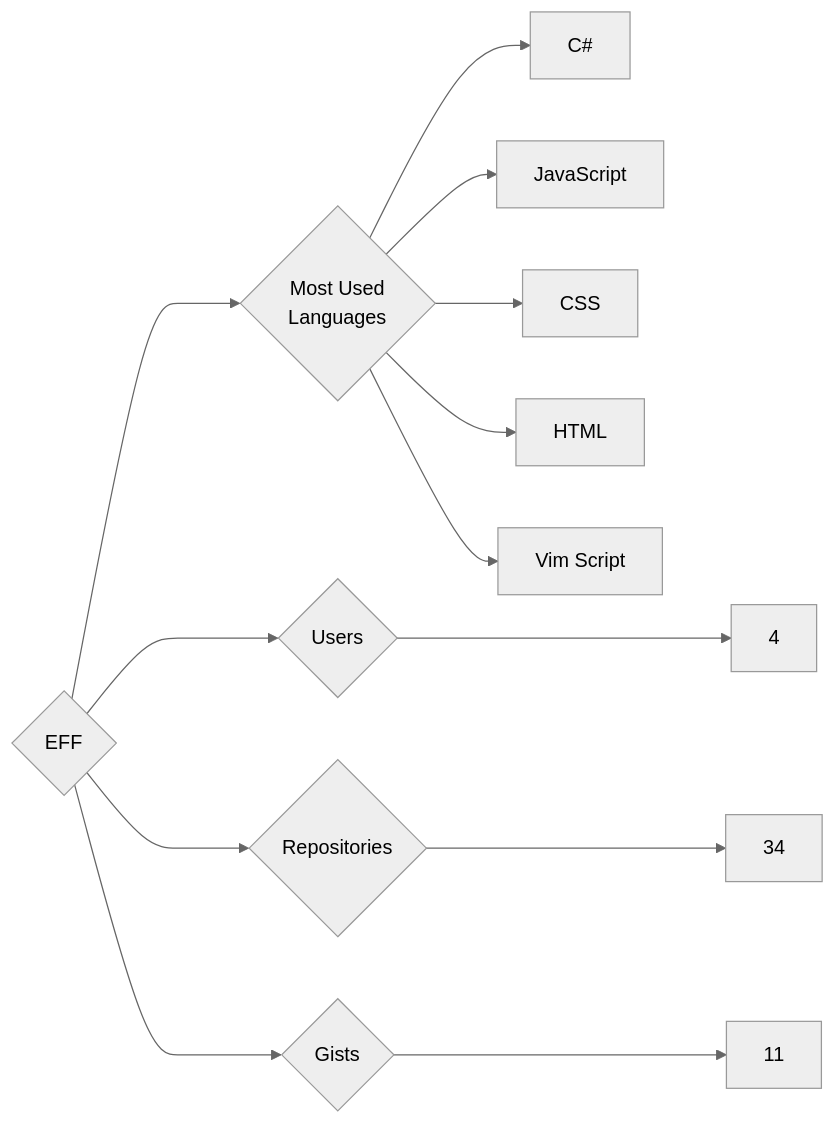
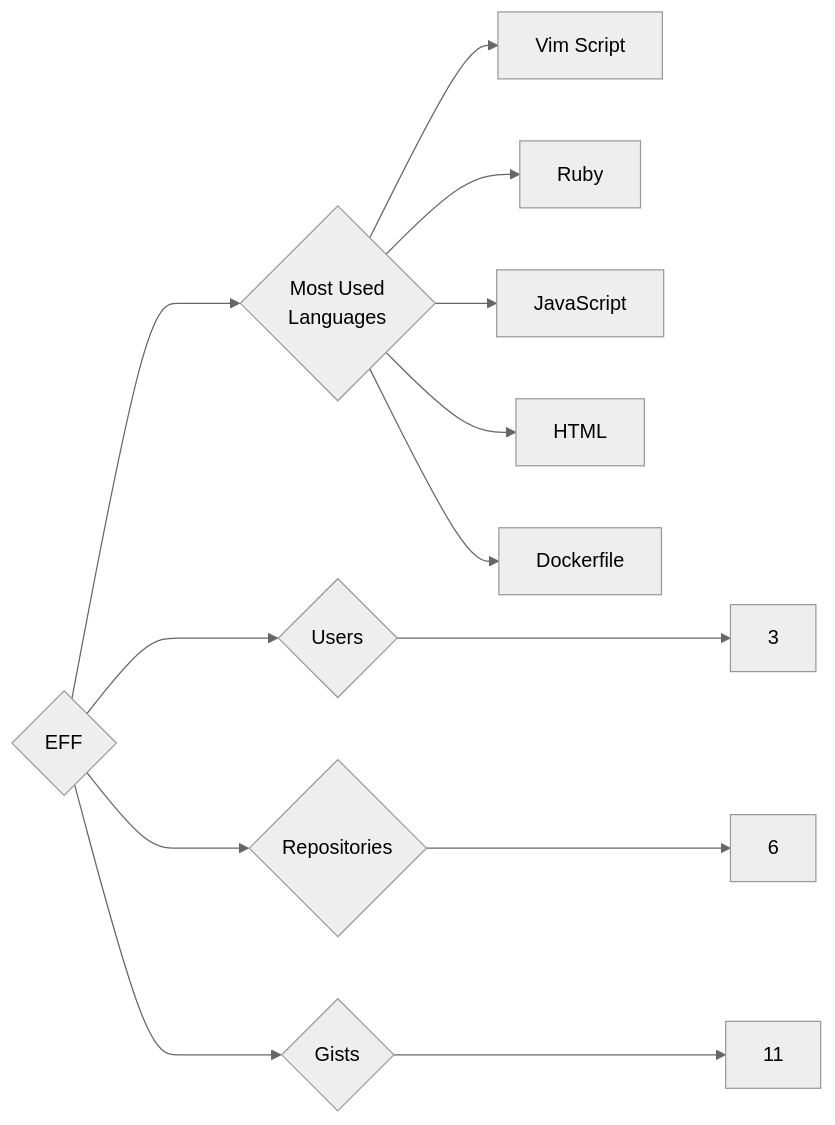
The diagram in targets/EFF/README.md (trickest/insiders), drawn with Mermaid (neutral theme) before and after one commit. The commit also changed 688 other files, not shown here.

````diff
--- a/targets/EFF/README.md
+++ b/targets/EFF/README.md
@@ -3,13 +3,13 @@
 ```mermaid
 graph LR
 COMPANY_NAME{EFF}
-COMPANY_NAME ---> U{Users} ---> UN[4]
-COMPANY_NAME ---> R{Repositories} ---> RN[34]
+COMPANY_NAME ---> U{Users} ---> UN[3]
+COMPANY_NAME ---> R{Repositories} ---> RN[6]
 COMPANY_NAME ---> G{Gists} ---> GN[11]
 COMPANY_NAME ---> ML{Most Used<br>Languages}
-ML --> C#[C#]
+ML --> Vim_Script[Vim Script]
+ML --> Ruby[Ruby]
 ML --> JavaScript[JavaScript]
-ML --> CSS[CSS]
 ML --> HTML[HTML]
-ML --> Vim_Script[Vim Script]
+ML --> Dockerfile[Dockerfile]
 ```
````
